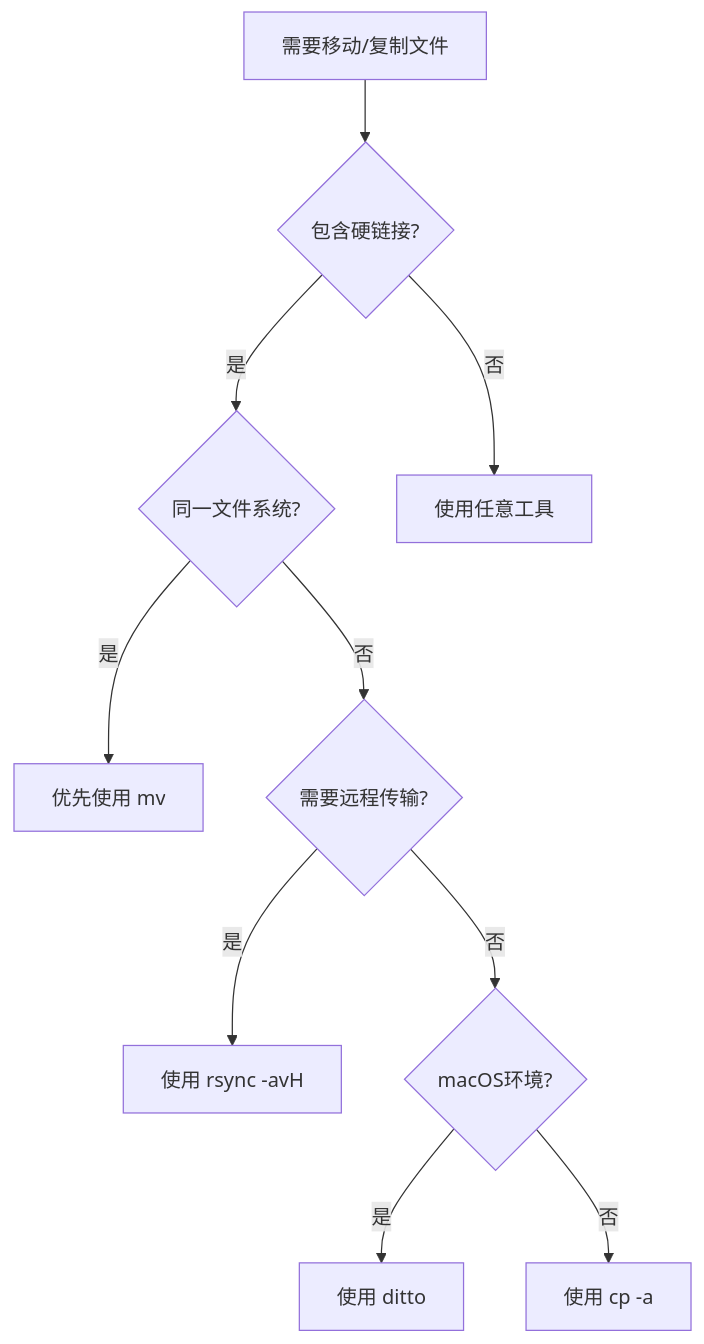
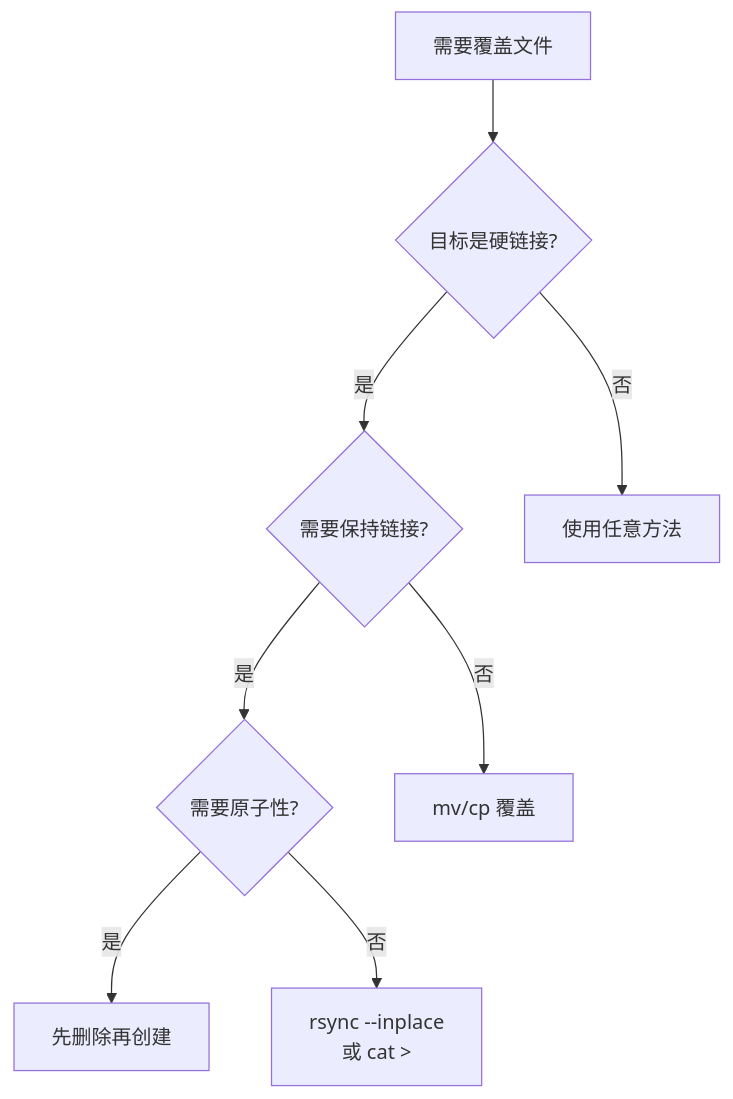
The third of 3 diagrams in content/posts/hardlink-backup-migration/index.md (donghao1393/jiejue.ai), drawn with Mermaid before and after one commit. The commit also changed other lines of this file, not shown here.

````diff
--- a/content/posts/hardlink-backup-migration/index.md
+++ b/content/posts/hardlink-backup-migration/index.md
@@ -283,12 +290,10 @@
 ```mermaid
 graph TD
-    A[需要移动/复制文件] --> B{包含硬链接?}
-    B -->|是| C{同一文件系统?}
-    B -->|否| D[使用任意工具]
-    C -->|是| E[优先使用 mv]
-    C -->|否| F{需要远程传输?}
-    F -->|是| G[使用 rsync -avH]
-    F -->|否| H{macOS环境?}
-    H -->|是| I[使用 ditto]
-    H -->|否| J[使用 cp -a]
+    A[需要覆盖文件] --> B{目标是硬链接?}
+    B -->|是| C{需要保持链接?}
+    B -->|否| D[使用任意方法]
+    C -->|是| E{需要原子性?}
+    C -->|否| F[mv/cp 覆盖]
+    E -->|是| G[先删除再创建]
+    E -->|否| H[rsync --inplace<br/>或 cat >]
 ```
````
